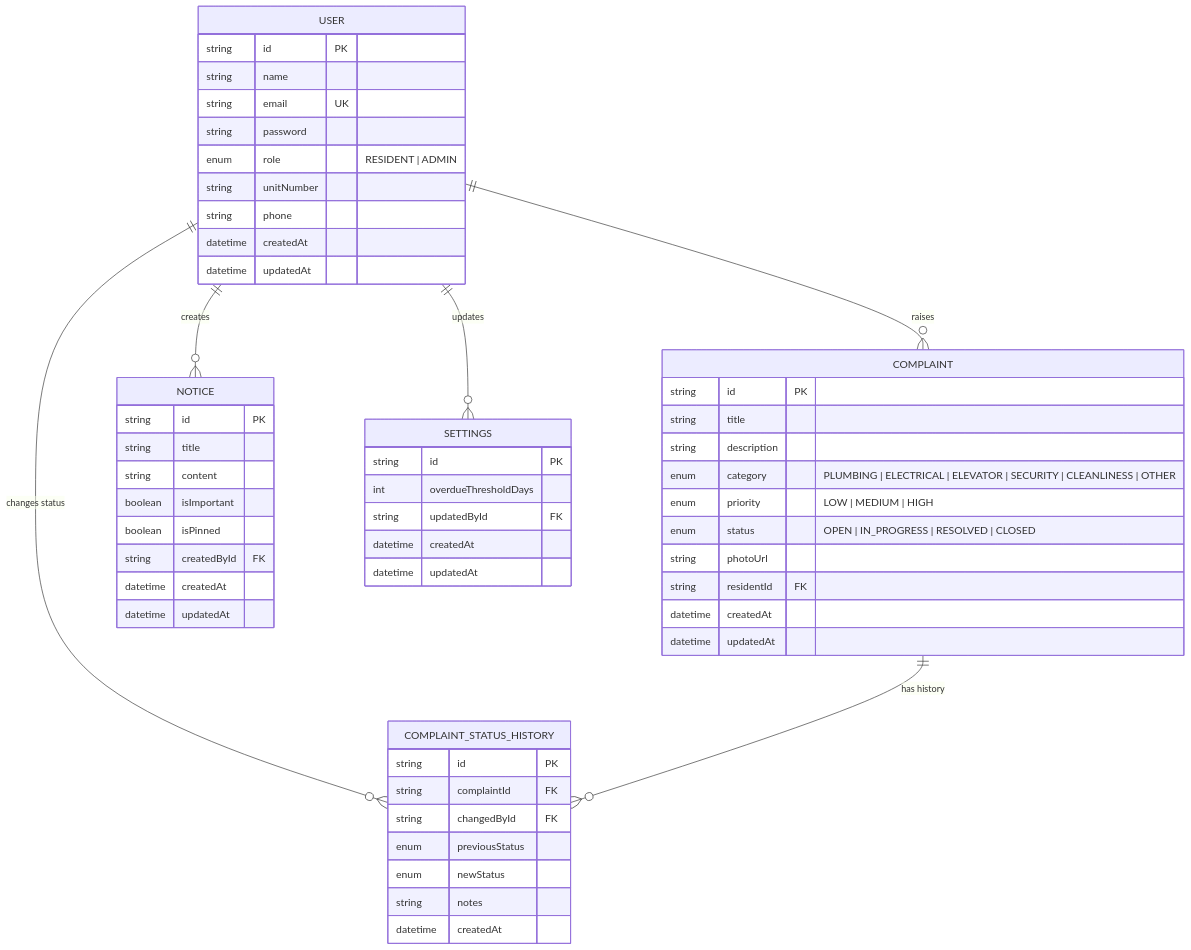
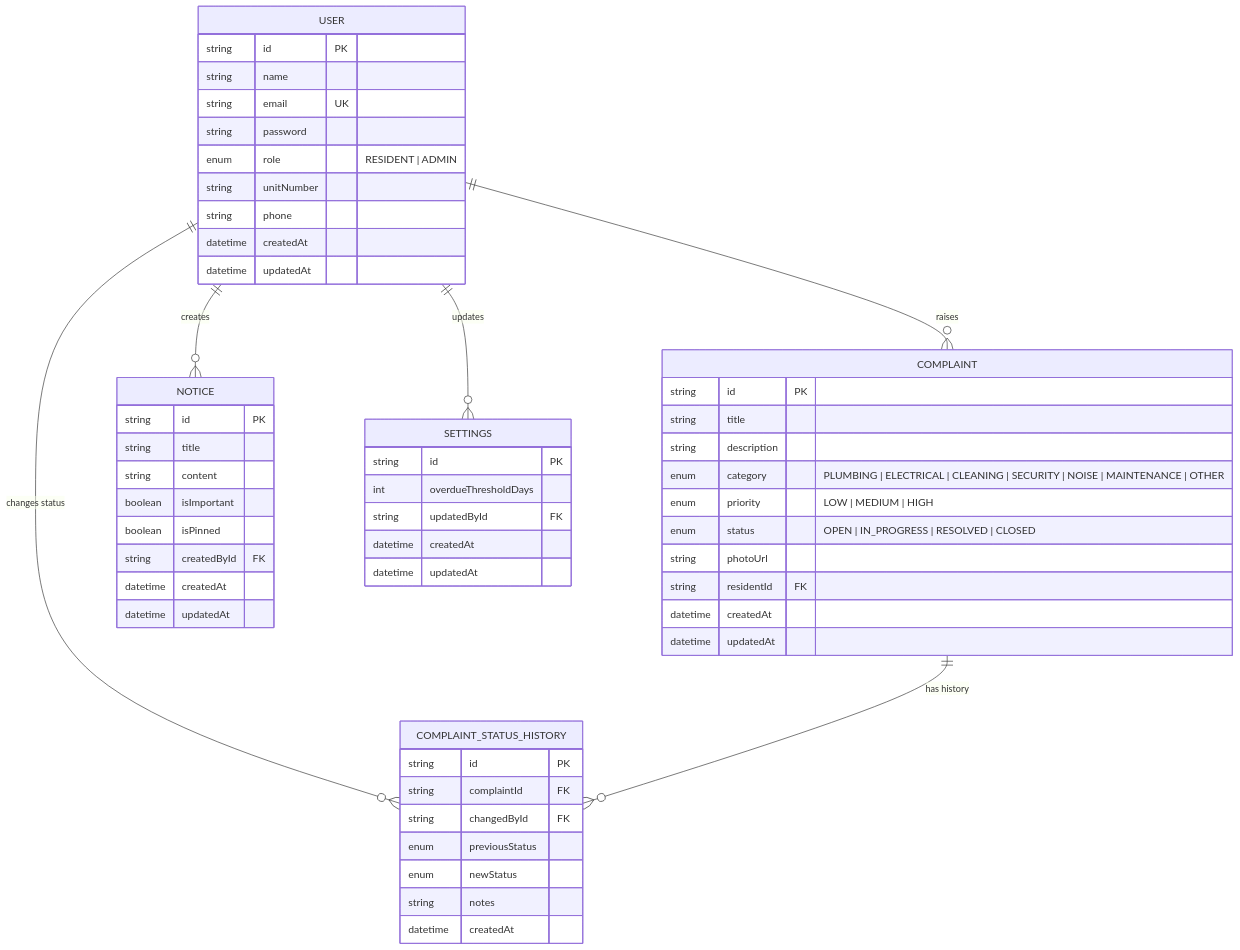
One commit to Neelay2005/society-maintenance-tracker changed the diagram in README.md. Above: the diagram before and after it, drawn with Mermaid. The commit also changed other lines of this file, not shown here.

Commit message:
Update README.md with complete project documentation, API table, system design write-up, and phase architectural notes

````diff
--- a/README.md
+++ b/README.md
@@ -32,62 +25,62 @@
 ```mermaid
 erDiagram
     USER ||--o{ COMPLAINT : "raises"
     USER ||--o{ COMPLAINT_STATUS_HISTORY : "changes status"
     USER ||--o{ NOTICE : "creates"
     USER ||--o{ SETTINGS : "updates"
     COMPLAINT ||--o{ COMPLAINT_STATUS_HISTORY : "has history"
 
     USER {
         string id PK
         string name
         string email UK
         string password
         enum role "RESIDENT | ADMIN"
         string unitNumber
         string phone
         datetime createdAt
         datetime updatedAt
     }
 
     COMPLAINT {
         string id PK
         string title
         string description
-        enum category "PLUMBING | ELECTRICAL | ELEVATOR | SECURITY | CLEANLINESS | OTHER"
+        enum category "PLUMBING | ELECTRICAL | CLEANING | SECURITY | NOISE | MAINTENANCE | OTHER"
         enum priority "LOW | MEDIUM | HIGH"
         enum status "OPEN | IN_PROGRESS | RESOLVED | CLOSED"
         string photoUrl
         string residentId FK
         datetime createdAt
         datetime updatedAt
     }
 
     COMPLAINT_STATUS_HISTORY {
         string id PK
         string complaintId FK
         string changedById FK
         enum previousStatus
         enum newStatus
         string notes
         datetime createdAt
     }
 
     NOTICE {
         string id PK
         string title
         string content
         boolean isImportant
         boolean isPinned
         string createdById FK
         datetime createdAt
         datetime updatedAt
     }
 
     SETTINGS {
         string id PK
         int overdueThresholdDays
         string updatedById FK
         datetime createdAt
         datetime updatedAt
     }
 ```
````
